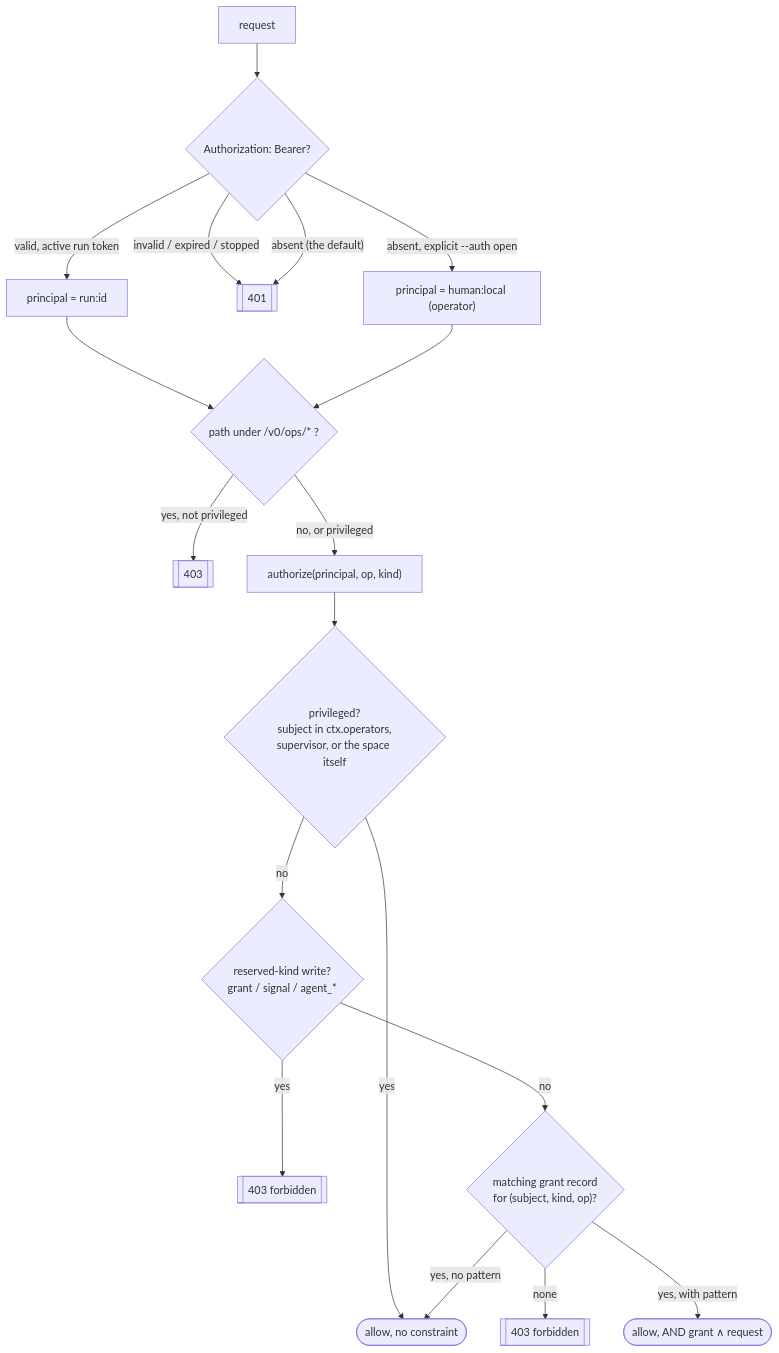
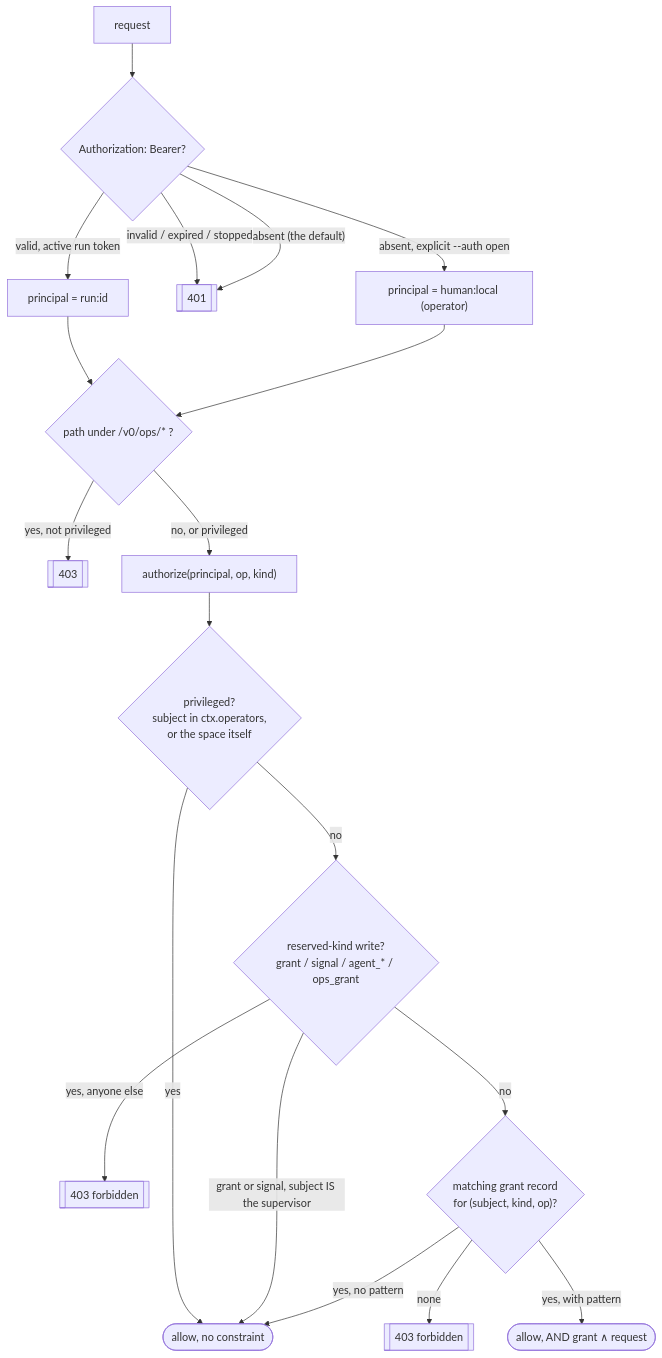
Before and after one commit to wistrand/radia: the third of 5 diagrams in agent_docs/design-auth.md, drawn with Mermaid. The commit also changed other lines of this file and 11 other files, not shown here.

````diff
--- a/agent_docs/design-auth.md
+++ b/agent_docs/design-auth.md
@@ -328,20 +337,21 @@
 ```mermaid
 flowchart TD
     Req[request] --> B{"Authorization: Bearer?"}
     B -->|"valid, active run token"| Prin["principal = run:id"]
     B -->|"invalid / expired / stopped"| E401[["401"]]
     B -->|"absent (the default)"| E401
     B -->|"absent, explicit --auth open"| Oper["principal = human:local (operator)"]
     Prin --> Ops
     Oper --> Ops
     Ops{"path under /v0/ops/* ?"} -->|"yes, not privileged"| E403a[["403"]]
     Ops -->|"no, or privileged"| Az["authorize(principal, op, kind)"]
-    Az --> Priv{"privileged?<br/>subject in ctx.operators,<br/>supervisor, or the space itself"}
+    Az --> Priv{"privileged?<br/>subject in ctx.operators,<br/>or the space itself"}
     Priv -->|"yes"| Allow(["allow, no constraint"])
-    Priv -->|"no"| Res{"reserved-kind write?<br/>grant / signal / agent_*"}
-    Res -->|"yes"| E403b[["403 forbidden"]]
+    Priv -->|"no"| Res{"reserved-kind write?<br/>grant / signal / agent_* / ops_grant"}
+    Res -->|"grant or signal, subject IS the supervisor"| Allow
+    Res -->|"yes, anyone else"| E403b[["403 forbidden"]]
     Res -->|"no"| Grant{"matching grant record<br/>for (subject, kind, op)?"}
     Grant -->|"none"| E403c[["403 forbidden"]]
     Grant -->|"yes, no pattern"| Allow
     Grant -->|"yes, with pattern"| AllowT(["allow, AND grant ∧ request"])
 ```
````
